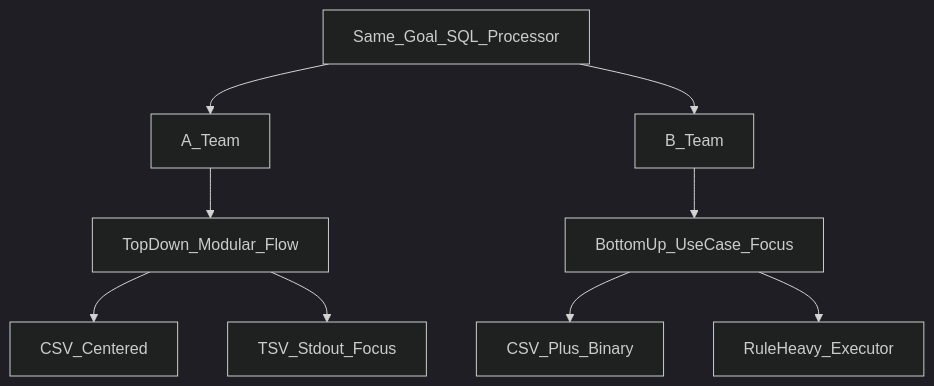
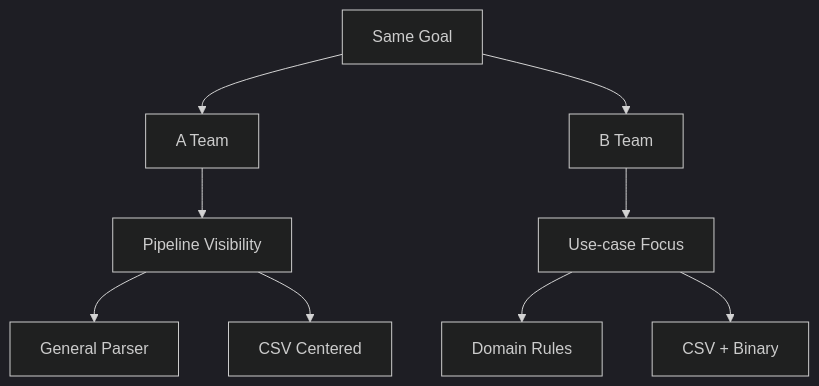
The first of 12 diagrams in README.md (tail1887/sql_parsor), drawn with Mermaid (dark theme) before and after one commit. The commit also changed other lines of this file, not shown here.

````diff
--- a/README.md
+++ b/README.md
@@ -18,13 +22,13 @@
 ```mermaid
 flowchart TB
-    start[Same_Goal_SQL_Processor] --> teamA[A_Team]
-    start --> teamB[B_Team]
+    start[Same Goal] --> teamA[A Team]
+    start --> teamB[B Team]
 
-    teamA --> aStyle[TopDown_Modular_Flow]
-    aStyle --> aStorage[CSV_Centered]
-    aStyle --> aOutput[TSV_Stdout_Focus]
+    teamA --> a1[Pipeline Visibility]
+    a1 --> a2[General Parser]
+    a1 --> a3[CSV Centered]
 
-    teamB --> bStyle[BottomUp_UseCase_Focus]
-    bStyle --> bStorage[CSV_Plus_Binary]
-    bStyle --> bRules[RuleHeavy_Executor]
+    teamB --> b1[Use-case Focus]
+    b1 --> b2[Domain Rules]
+    b1 --> b3[CSV + Binary]
 ```
````
